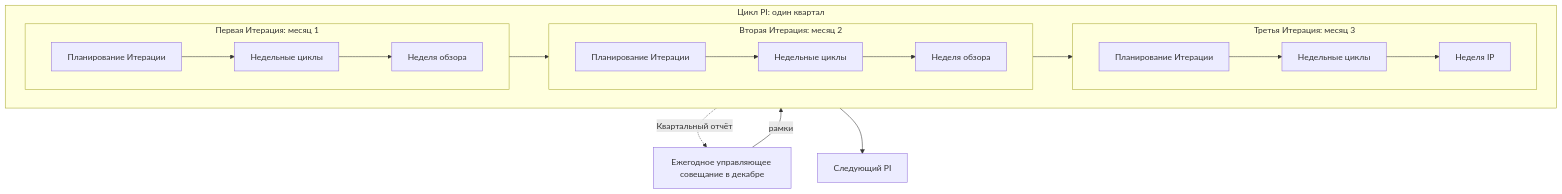
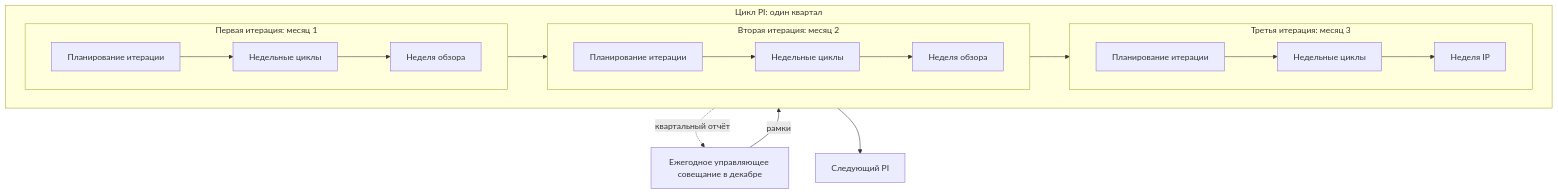
The second of 6 diagrams in charter/ru/workflows/cadence.md (devhogu/ob-aicc), drawn with Mermaid before and after one commit. The commit also changed other lines of this file and 7 other files, not shown here.

````diff
--- a/charter/ru/workflows/cadence.md
+++ b/charter/ru/workflows/cadence.md
@@ -87,22 +97,22 @@
 ```mermaid
 flowchart TB
   Y["Ежегодное управляющее совещание в декабре"] -->|"рамки"| PI
   subgraph PI["Цикл PI: один квартал"]
     direction LR
-    subgraph IT1["Первая Итерация: месяц 1"]
+    subgraph IT1["Первая итерация: месяц 1"]
       direction LR
-      P1["Планирование Итерации"] --> W1["Недельные циклы"] --> R1["Неделя обзора"]
+      P1["Планирование итерации"] --> W1["Недельные циклы"] --> R1["Неделя обзора"]
     end
-    subgraph IT2["Вторая Итерация: месяц 2"]
+    subgraph IT2["Вторая итерация: месяц 2"]
       direction LR
-      P2["Планирование Итерации"] --> W2["Недельные циклы"] --> R2["Неделя обзора"]
+      P2["Планирование итерации"] --> W2["Недельные циклы"] --> R2["Неделя обзора"]
     end
-    subgraph IT3["Третья Итерация: месяц 3"]
+    subgraph IT3["Третья итерация: месяц 3"]
       direction LR
-      P3["Планирование Итерации"] --> W3["Недельные циклы"] --> IP["Неделя IP"]
+      P3["Планирование итерации"] --> W3["Недельные циклы"] --> IP["Неделя IP"]
     end
     IT1 --> IT2 --> IT3
   end
-  PI -.->|"Квартальный отчёт"| Y
+  PI -.->|"квартальный отчёт"| Y
   PI --> NEXT["Следующий PI"]
 ```
````
